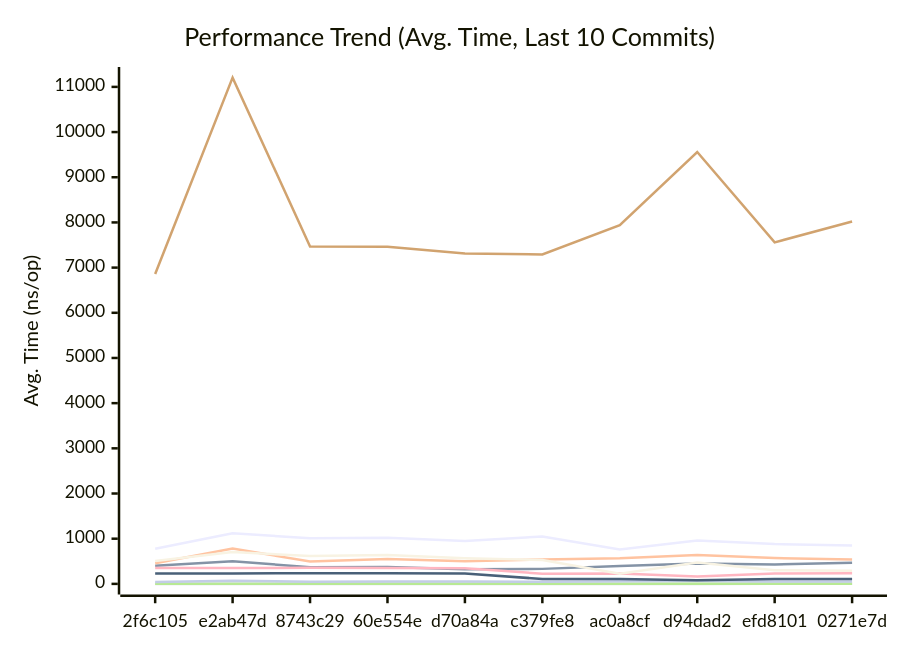
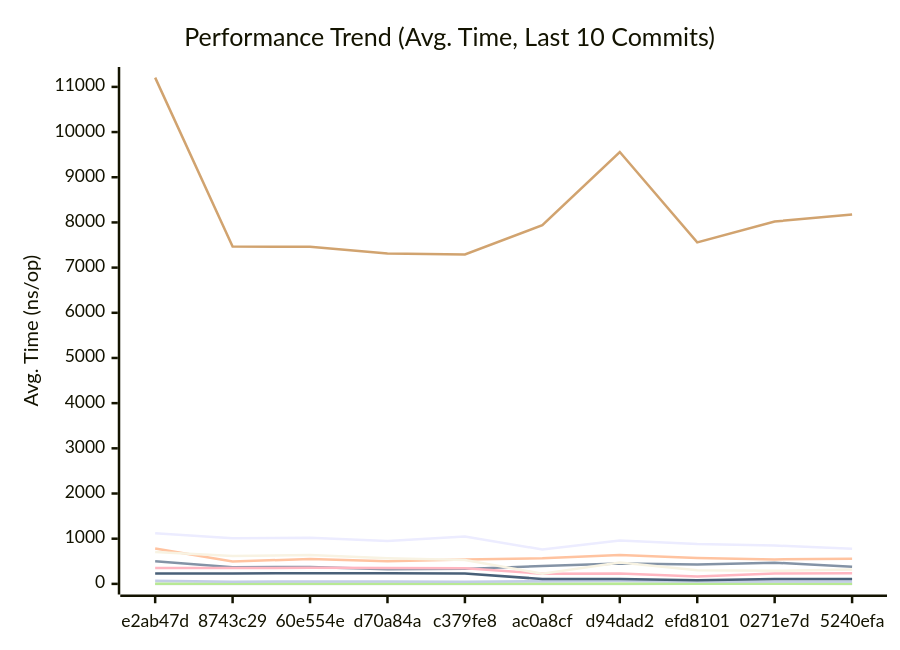
Before and after one commit to alsotoes/momo: the first of 3 diagrams in docs/PERFORMANCE.md, drawn with Mermaid. The commit also changed other lines of this file and 3 other files, not shown here.

````diff
--- a/docs/PERFORMANCE.md
+++ b/docs/PERFORMANCE.md
@@ -128,18 +128,18 @@
 ```mermaid
 xychart-beta
     title "Performance Trend (Avg. Time, Last 10 Commits)"
     x-axis "Commit"
     y-axis "Avg. Time (ns/op)"
-    x-axis [2f6c105,e2ab47d,8743c29,60e554e,d70a84a,c379fe8,ac0a8cf,d94dad2,efd8101,0271e7d]
-    line "CheckMetricsAndSwap" [9,11,10,9,10,9,8,11,12,11]
-    line "CrushOptimized" [402,502,370,372,323,332,396,452,428,468]
-    line "CrushOriginal" [456,783,495,550,499,539,566,637,571,542]
-    line "IndexDirectTracking" [0,0,0,0,0,0,0,0,1,1]
-    line "IndexSearch" [3,3,3,3,4,3,2,2,2,2]
-    line "LoadGlobalConfig" [6860,11205,7469,7459,7314,7292,7939,9559,7558,8021]
-    line "PadString" [43,69,49,51,51,49,57,70,53,52]
+    x-axis [e2ab47d,8743c29,60e554e,d70a84a,c379fe8,ac0a8cf,d94dad2,efd8101,0271e7d,5240efa]
+    line "CheckMetricsAndSwap" [11,10,9,10,9,8,11,12,11,8]
+    line "CrushOptimized" [502,370,372,323,332,396,452,428,468,378]
+    line "CrushOriginal" [783,495,550,499,539,566,637,571,542,558]
+    line "IndexDirectTracking" [0,0,0,0,0,0,0,1,1,0]
+    line "IndexSearch" [3,3,3,4,3,2,2,2,2,2]
+    line "LoadGlobalConfig" [11205,7469,7459,7314,7292,7939,9559,7558,8021,8176]
+    line "PadString" [69,49,51,51,49,57,70,53,52,53]
     line "ParseReplicationOrder_NoPrealloc" [350,349,357,354,345,225,229,165,232,234]
     line "ParseReplicationOrder_Prealloc" [229,231,237,234,229,108,107,80,110,109]
-    line "SanitizeLog/Safe" [507,704,615,640,566,529,226,474,303,288]
-    line "SanitizeLog/Unsafe" [779,1122,1010,1023,951,1050,761,960,883,849]
+    line "SanitizeLog/Safe" [704,615,640,566,529,226,474,303,288,316]
+    line "SanitizeLog/Unsafe" [1122,1010,1023,951,1050,761,960,883,849,775]
 ```
````
